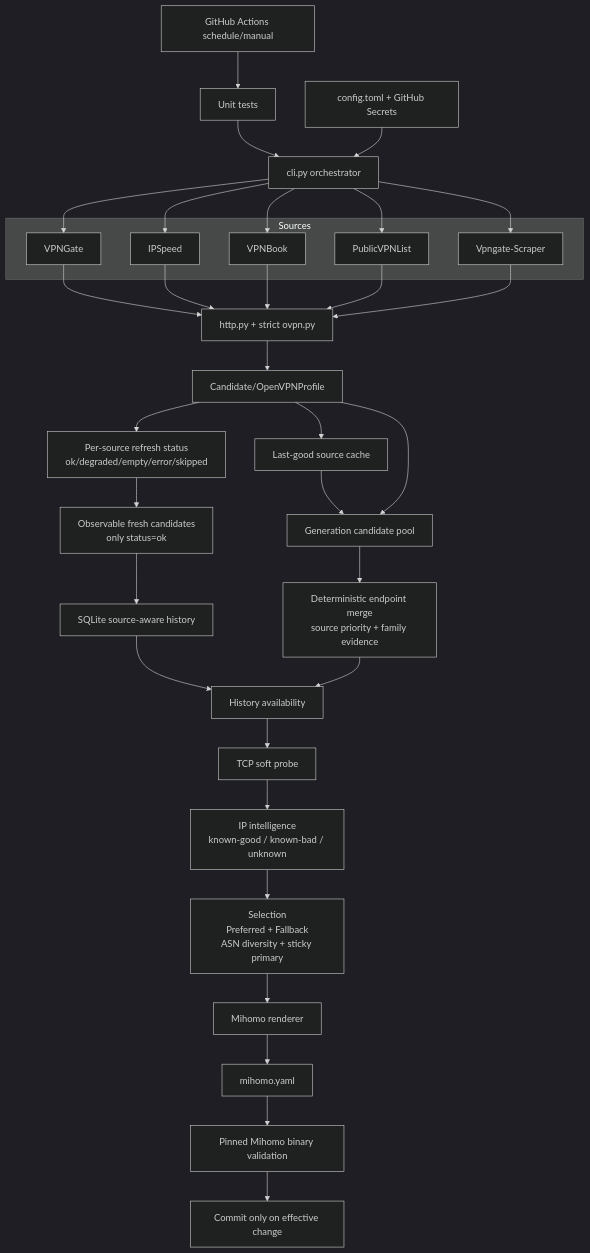
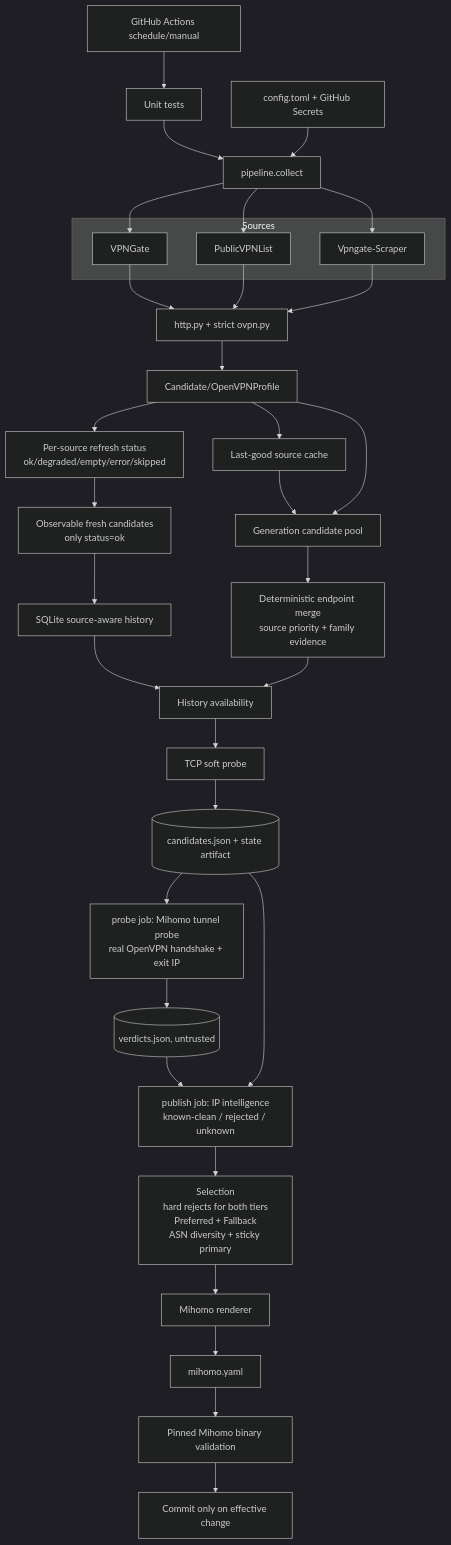
The diagram in ARCHITECTURE.md (aitonic/gate-us-lite), drawn with Mermaid (dark theme) before and after one commit. The commit also changed other lines of this file and 28 other files, not shown here.

First line of the commit message:
feat: probe real tunnels, publish only clean nodes, run every 2 days

````diff
--- a/ARCHITECTURE.md
+++ b/ARCHITECTURE.md
@@ -5,43 +5,47 @@
 ```mermaid
 flowchart TB
   GH[GitHub Actions schedule/manual] --> TEST[Unit tests]
-  TEST --> CLI[cli.py orchestrator]
+  TEST --> CLI[pipeline.collect]
   CFG[config.toml + GitHub Secrets] --> CLI
 
   subgraph Sources
     VG[VPNGate]
-    IPS[IPSpeed]
-    VB[VPNBook]
     PVL[PublicVPNList]
     VGS[Vpngate-Scraper]
   end
 
-  CLI --> VG & IPS & VB & PVL & VGS
-  VG & IPS & VB & PVL & VGS --> SAFE[http.py + strict ovpn.py]
+  CLI --> VG & PVL & VGS
+  VG & PVL & VGS --> SAFE[http.py + strict ovpn.py]
   SAFE --> C[Candidate/OpenVPNProfile]
 
   C --> HEALTH[Per-source refresh status
 ok/degraded/empty/error/skipped]
   C --> CACHE[Last-good source cache]
   HEALTH --> LIVE[Observable fresh candidates
 only status=ok]
   CACHE --> GEN[Generation candidate pool]
   C --> GEN
 
   LIVE --> STORE[SQLite source-aware history]
   GEN --> MERGE[Deterministic endpoint merge
 source priority + family evidence]
   STORE --> SCORE[History availability]
   MERGE --> SCORE
 
   SCORE --> PROBE[TCP soft probe]
-  PROBE --> INTEL[IP intelligence
-known-good / known-bad / unknown]
+  PROBE --> POOL[(candidates.json + state artifact)]
+  POOL --> TUNNEL[probe job: Mihomo tunnel probe
+real OpenVPN handshake + exit IP]
+  TUNNEL --> VERDICTS[(verdicts.json, untrusted)]
+  VERDICTS --> INTEL[publish job: IP intelligence
+known-clean / rejected / unknown]
+  POOL --> INTEL
   INTEL --> SELECT[Selection
+hard rejects for both tiers
 Preferred + Fallback
 ASN diversity + sticky primary]
   SELECT --> RENDER[Mihomo renderer]
   RENDER --> YAML[mihomo.yaml]
   YAML --> VALIDATE[Pinned Mihomo binary validation]
   VALIDATE --> COMMIT[Commit only on effective change]
 ```
````
